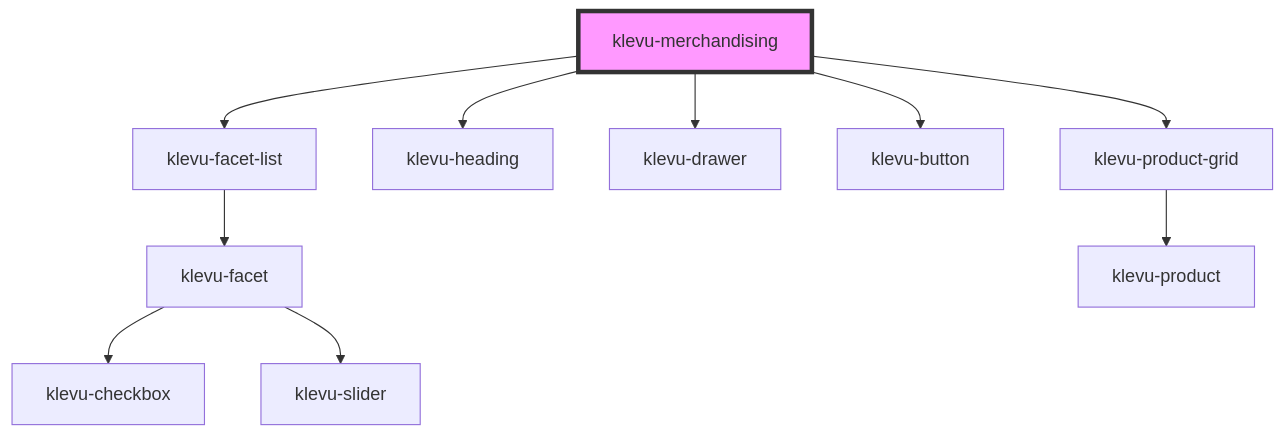
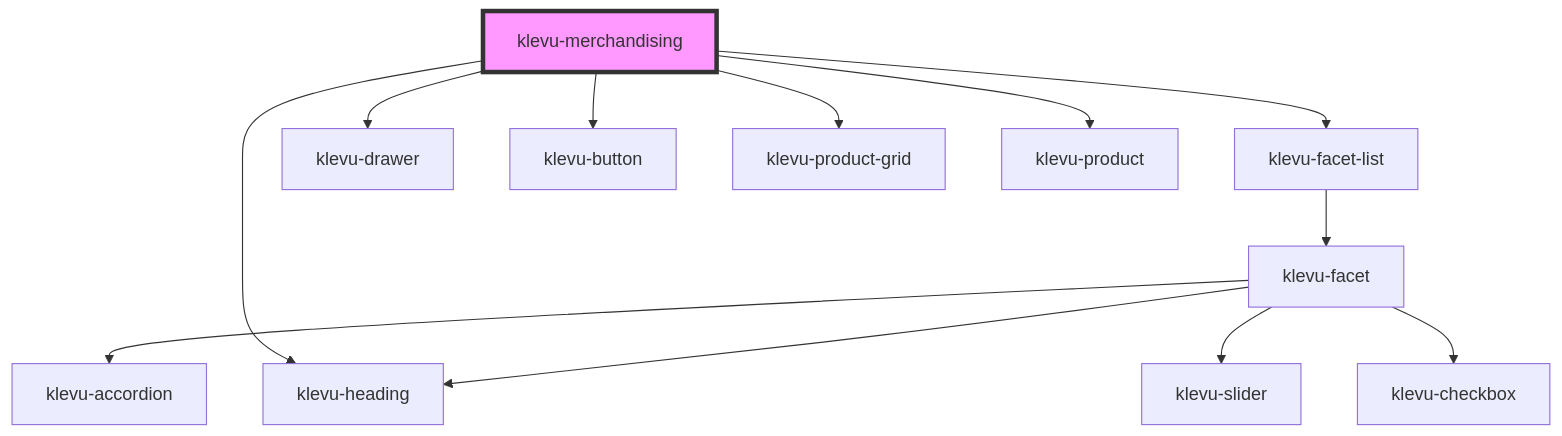
The diagram in packages/klevu-ui/src/components/klevu-merchandising/readme.md (klevultd/frontend-sdk), drawn with Mermaid before and after one commit. The commit also changed other lines of this file and 60 other files, not shown here.

````diff
--- a/packages/klevu-ui/src/components/klevu-merchandising/readme.md
+++ b/packages/klevu-ui/src/components/klevu-merchandising/readme.md
@@ -32,13 +33,15 @@
 ```mermaid
 graph TD;
   klevu-merchandising --> klevu-facet-list
   klevu-merchandising --> klevu-heading
   klevu-merchandising --> klevu-drawer
   klevu-merchandising --> klevu-button
   klevu-merchandising --> klevu-product-grid
+  klevu-merchandising --> klevu-product
   klevu-facet-list --> klevu-facet
+  klevu-facet --> klevu-accordion
+  klevu-facet --> klevu-heading
+  klevu-facet --> klevu-slider
   klevu-facet --> klevu-checkbox
-  klevu-facet --> klevu-slider
-  klevu-product-grid --> klevu-product
   style klevu-merchandising fill:#f9f,stroke:#333,stroke-width:4px
 ```
````
